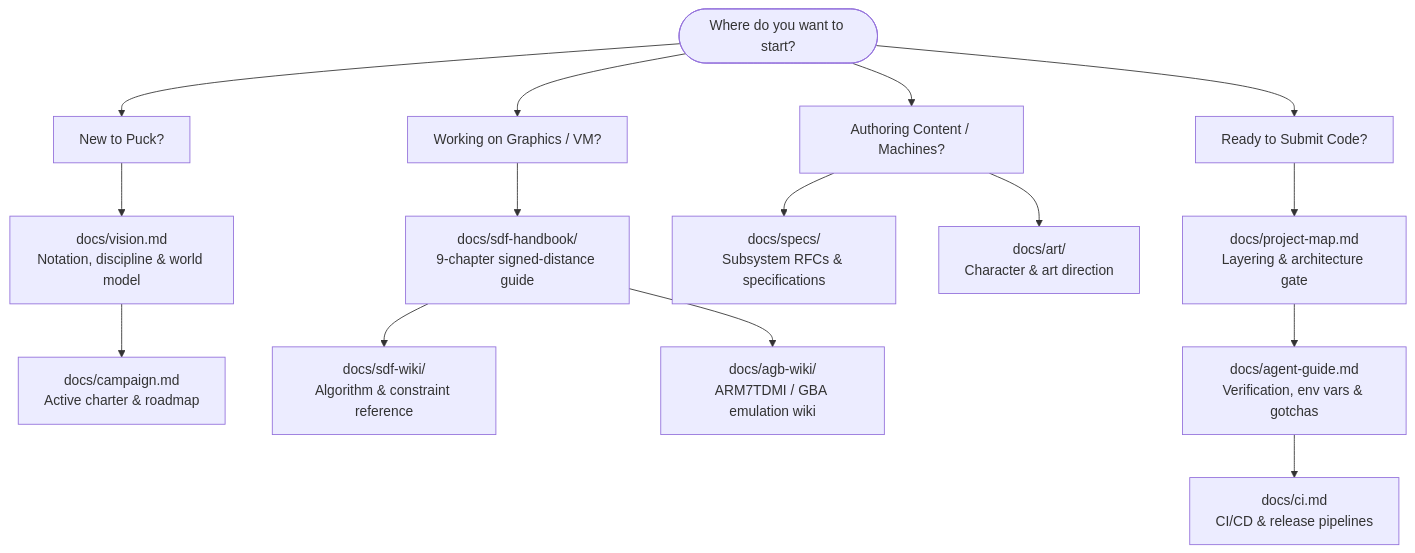
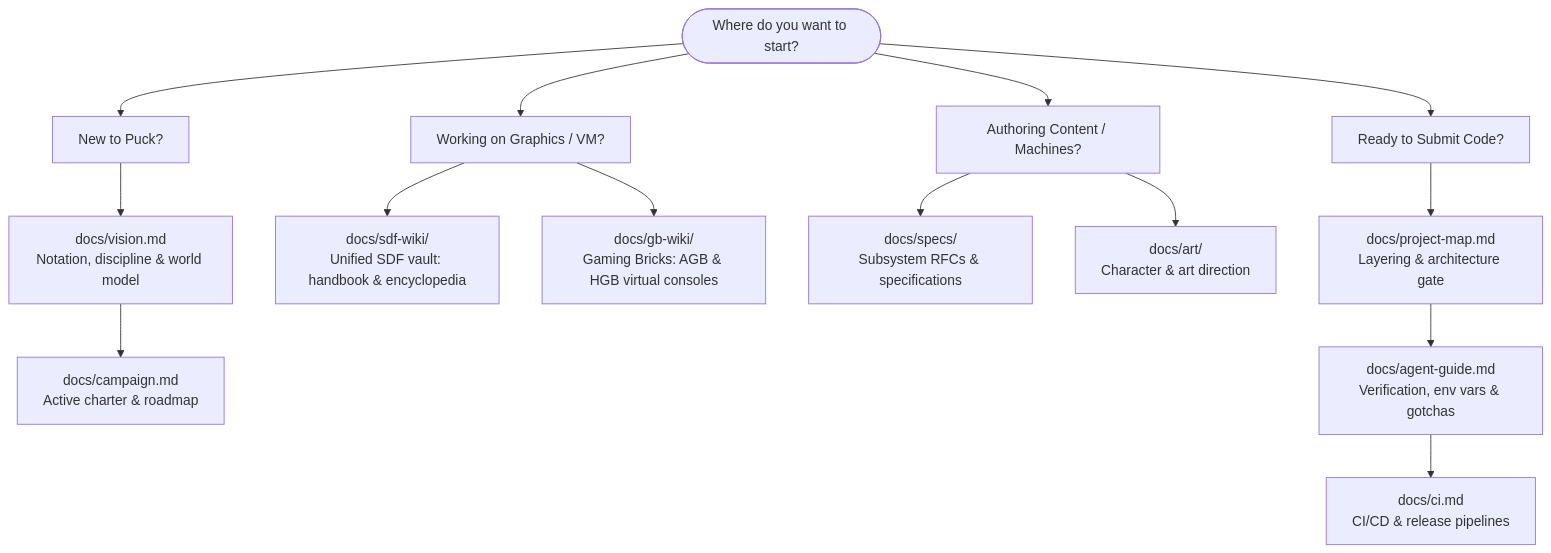
One commit to ByteTerrace/Puck changed the diagram in docs/README.md. Above: the diagram before and after it, drawn with Mermaid. The commit also changed other lines of this file and 65 other files, not shown here.

````diff
--- a/docs/README.md
+++ b/docs/README.md
@@ -11,21 +11,20 @@
 ```mermaid
 graph TD
     Start([Where do you want to start?]) --> Newbie[New to Puck?]
     Start --> EngineDev[Working on Graphics / VM?]
     Start --> GameDev[Authoring Content / Machines?]
     Start --> Contributor[Ready to Submit Code?]
 
     Newbie --> Vision[docs/vision.md<br/>Notation, discipline & world model]
     Vision --> Campaign[docs/campaign.md<br/>Active charter & roadmap]
 
-    EngineDev --> SdfHandbook[docs/sdf-handbook/<br/>9-chapter signed-distance guide]
-    SdfHandbook --> SdfWiki[docs/sdf-wiki/<br/>Algorithm & constraint reference]
-    SdfHandbook --> AgbWiki[docs/agb-wiki/<br/>ARM7TDMI / GBA emulation wiki]
+    EngineDev --> SdfWiki[docs/sdf-wiki/<br/>Unified SDF vault: handbook & encyclopedia]
+    EngineDev --> GbWiki[docs/gb-wiki/<br/>Gaming Bricks: AGB & HGB virtual consoles]
 
     GameDev --> Specs[docs/specs/<br/>Subsystem RFCs & specifications]
     GameDev --> Art[docs/art/<br/>Character & art direction]
 
     Contributor --> ProjectMap[docs/project-map.md<br/>Layering & architecture gate]
     ProjectMap --> AgentGuide[docs/agent-guide.md<br/>Verification, env vars & gotchas]
     AgentGuide --> Ci[docs/ci.md<br/>CI/CD & release pipelines]
 ```
````
